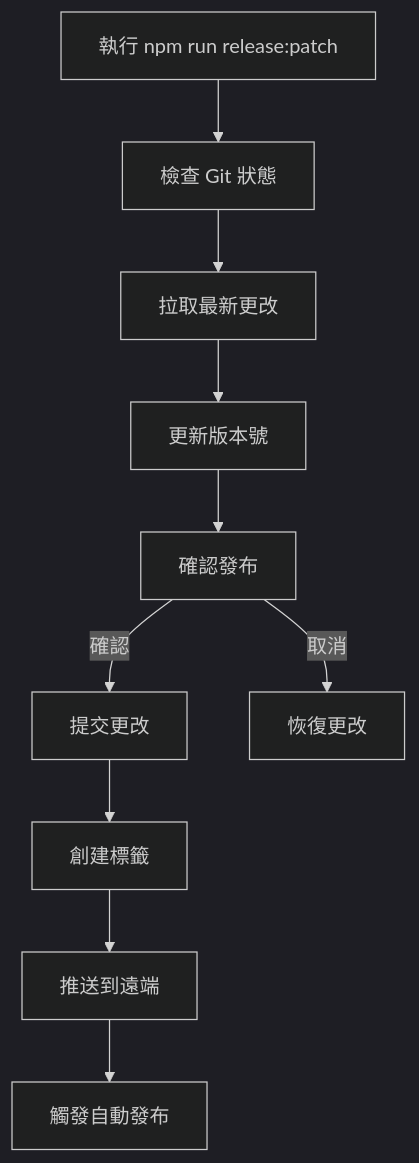
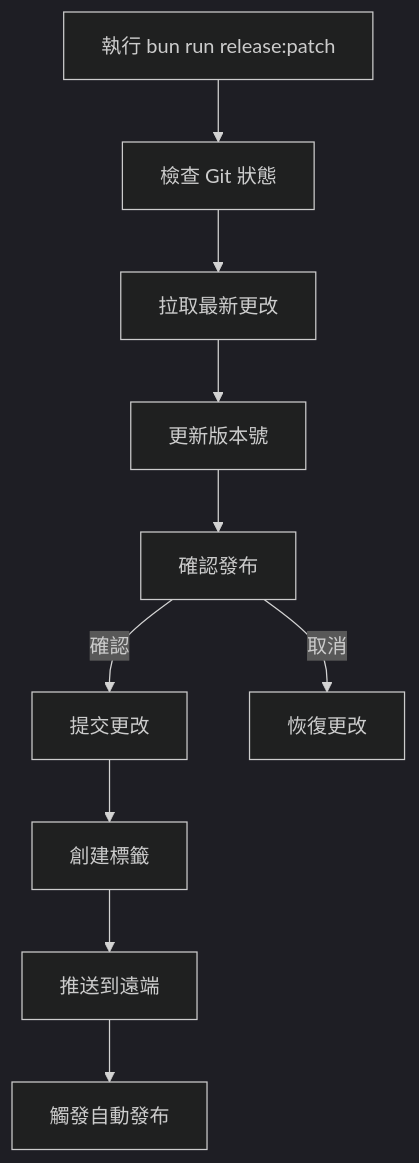
The second of 2 diagrams in docs/development/VERSION_MANAGEMENT.md (ansonlo-dev/LingUBible), drawn with Mermaid (dark theme) before and after one commit. The commit also changed other lines of this file and 43 other files, not shown here.

````diff
--- a/docs/development/VERSION_MANAGEMENT.md
+++ b/docs/development/VERSION_MANAGEMENT.md
@@ -140,12 +140,12 @@
 ```mermaid
 graph TD
-    A[執行 npm run release:patch] --> B[檢查 Git 狀態]
+    A[執行 bun run release:patch] --> B[檢查 Git 狀態]
     B --> C[拉取最新更改]
     C --> D[更新版本號]
     D --> E[確認發布]
     E -->|確認| F[提交更改]
     E -->|取消| G[恢復更改]
     F --> H[創建標籤]
     H --> I[推送到遠端]
     I --> J[觸發自動發布]
 ```
````
